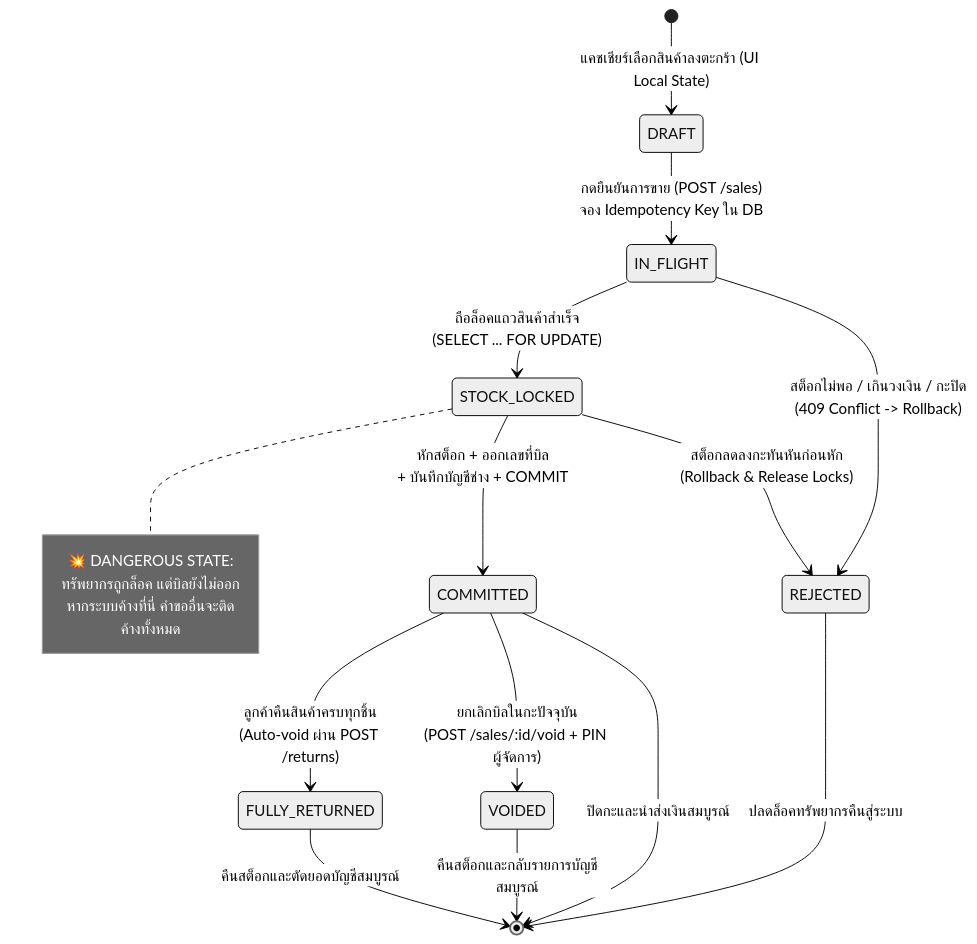
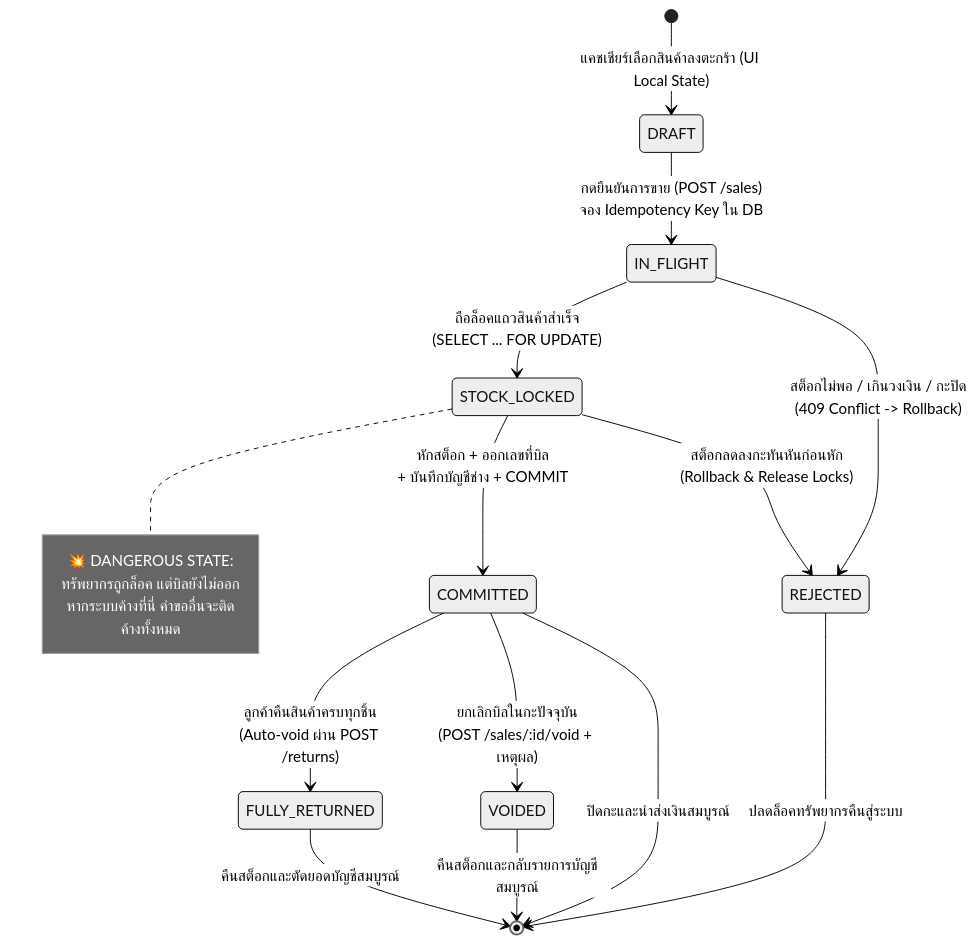
One commit to NuimanLP/srisurart-pos-flutter changed the fourth of 4 diagrams in docs/Backend_design/architecture-primer.md. Above: the diagram before and after it, drawn with Mermaid (neutral theme). The commit also changed other lines of this file and 15 other files, not shown here.

````diff
--- a/docs/Backend_design/architecture-primer.md
+++ b/docs/Backend_design/architecture-primer.md
@@ -655,30 +662,30 @@
 ```mermaid
 stateDiagram-v2
     [*] --> DRAFT: แคชเชียร์เลือกสินค้าลงตะกร้า (UI Local State)
     
     DRAFT --> IN_FLIGHT: กดยืนยันการขาย (POST /sales)<br/>จอง Idempotency Key ใน DB
     
     IN_FLIGHT --> REJECTED: สต็อกไม่พอ / เกินวงเงิน / กะปิด<br/>(409 Conflict -> Rollback)
     
     IN_FLIGHT --> STOCK_LOCKED: ถือล็อคแถวสินค้าสำเร็จ<br/>(SELECT ... FOR UPDATE)
     
     note right of STOCK_LOCKED
       💥 DANGEROUS STATE:
       ทรัพยากรถูกล็อค แต่บิลยังไม่ออก
       หากระบบค้างที่นี่ คำขออื่นจะติดค้างทั้งหมด
     end note
     
     STOCK_LOCKED --> REJECTED: สต็อกลดลงกะทันหันก่อนหัก<br/>(Rollback & Release Locks)
     
     STOCK_LOCKED --> COMMITTED: หักสต็อก + ออกเลขที่บิล<br/>+ บันทึกบัญชีช่าง + COMMIT
     
     REJECTED --> [*]: ปลดล็อคทรัพยากรคืนสู่ระบบ
     
-    COMMITTED --> VOIDED: ยกเลิกบิลในกะปัจจุบัน<br/>(POST /sales/:id/void + PIN ผู้จัดการ)
+    COMMITTED --> VOIDED: ยกเลิกบิลในกะปัจจุบัน<br/>(POST /sales/:id/void + เหตุผล)
     
     COMMITTED --> FULLY_RETURNED: ลูกค้าคืนสินค้าครบทุกชิ้น<br/>(Auto-void ผ่าน POST /returns)
     
     COMMITTED --> [*]: ปิดกะและนำส่งเงินสมบูรณ์
     VOIDED --> [*]: คืนสต็อกและกลับรายการบัญชีสมบูรณ์
     FULLY_RETURNED --> [*]: คืนสต็อกและตัดยอดบัญชีสมบูรณ์
 ```
````
